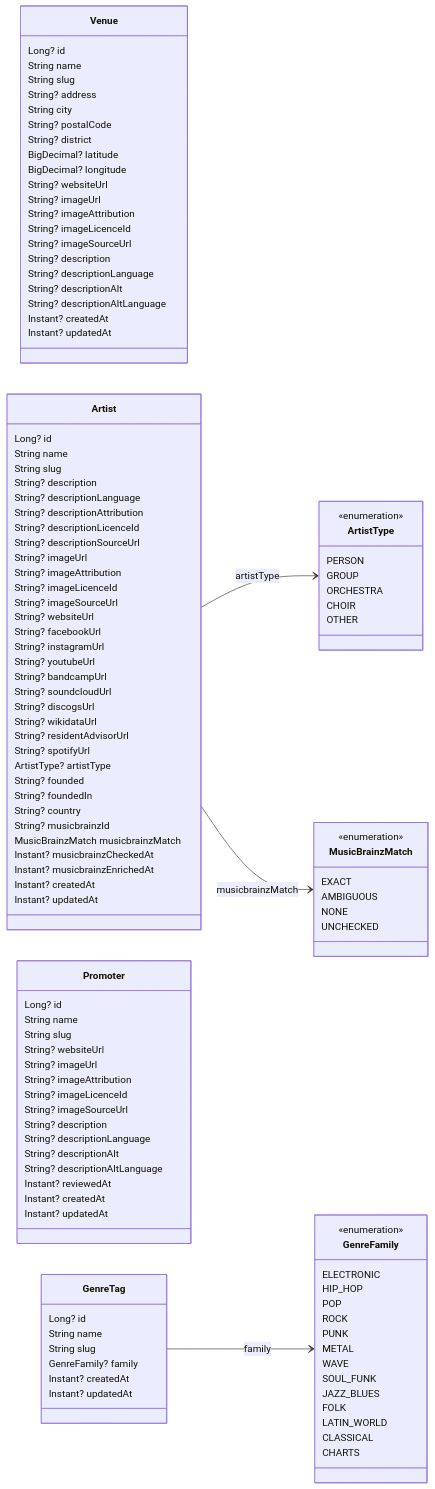
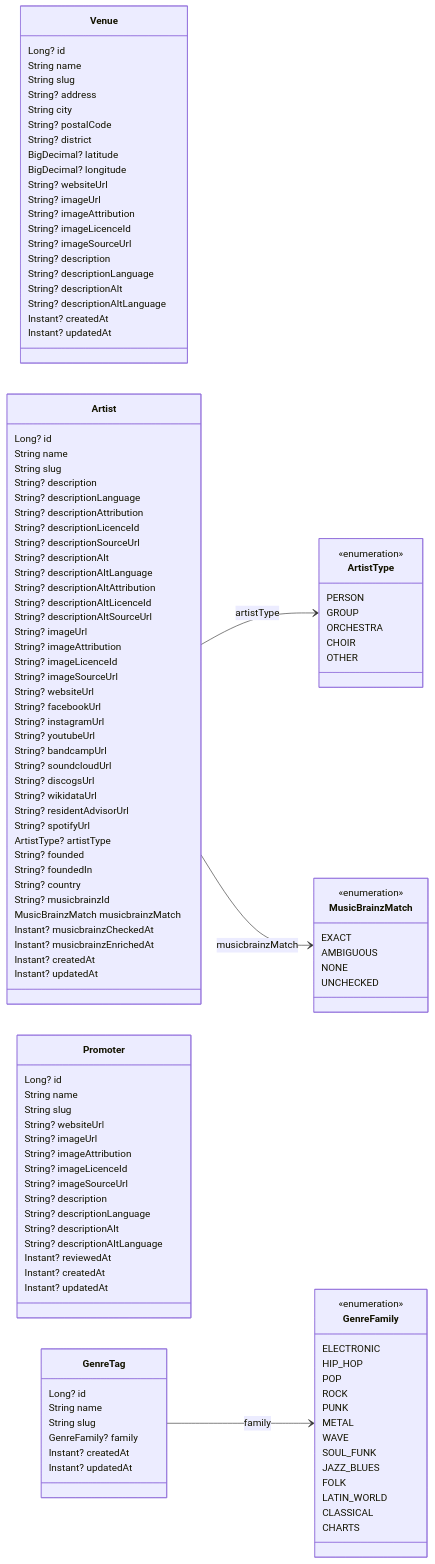
The diagram in docs/DATA_MODEL.md (enorm-labs/event-junkie), drawn with Mermaid before and after one commit. The commit also changed 27 other files, not shown here.

```diff
--- a/docs/DATA_MODEL.md
+++ b/docs/DATA_MODEL.md
@@ -58,6 +58,11 @@
         String? descriptionAttribution
         String? descriptionLicenceId
         String? descriptionSourceUrl
+        String? descriptionAlt
+        String? descriptionAltLanguage
+        String? descriptionAltAttribution
+        String? descriptionAltLicenceId
+        String? descriptionAltSourceUrl
         String? imageUrl
         String? imageAttribution
         String? imageLicenceId
```
